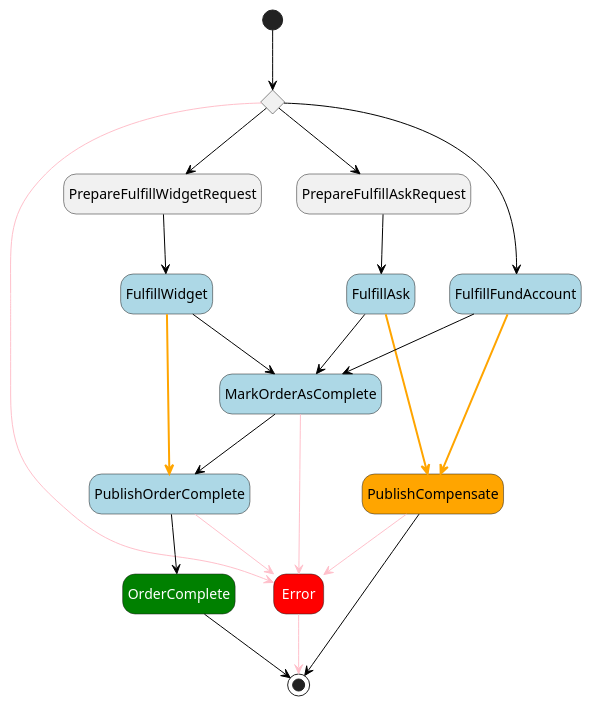
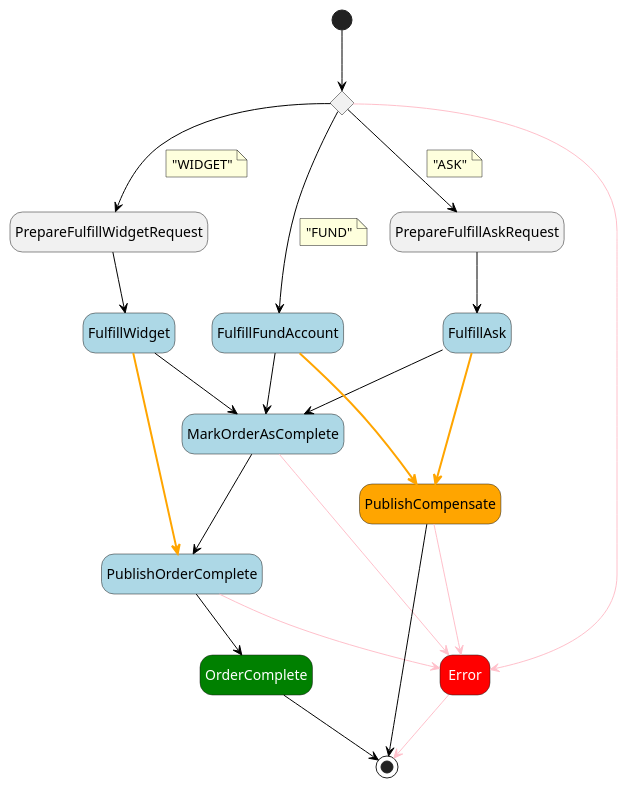
Before and after one commit to massfords/asl-puml: the diagram in src/__tests__/pumls/demo.asl.puml, drawn with PlantUML. The commit also changed 3 other files, not shown here.

```diff
--- a/src/__tests__/pumls/demo.asl.puml
+++ b/src/__tests__/pumls/demo.asl.puml
@@ -1,47 +1,56 @@
 @startuml
 hide empty description
 skinparam LineBackgroundColor #black
 skinparam ArrowColor #black
 skinparam state {
     BackgroundColor<<aslFail>> #red
     FontColor<<aslFail>> #white
 
     BackgroundColor<<aslTask>> #lightblue
     BackgroundColor<<Compensate>> #orange
 
     BackgroundColor<<aslSucceed>> #green
     FontColor<<aslSucceed>> #white
 }
 state "Dispatch by type of item" as state1<<Choice>>
 state "PrepareFulfillWidgetRequest" as state2<<aslPass>>
 state "PrepareFulfillAskRequest" as state3<<aslPass>>
 state "FulfillWidget" as state4<<aslTask>>
 state "FulfillAsk" as state5<<aslTask>>
 state "FulfillFundAccount" as state6<<aslTask>>
 state "MarkOrderAsComplete" as state7<<aslTask>>
 state "Error" as state8<<aslFail>>
 state "PublishOrderComplete" as state9<<aslTask>>
 state "OrderComplete" as state10<<aslSucceed>>
 state "PublishCompensate" as state11<<Compensate>>
 [*] --> state1
 state1 --> state2
+note on link
+"WIDGET"
+end note
 state1 --> state3
+note on link
+"ASK"
+end note
 state1 --> state6
+note on link
+"FUND"
+end note
 state1 -[#pink]-> state8
 state2 --> state4
 state3 --> state5
 state4 --> state7
 state4 -[bold,#orange]-> state9
 state5 --> state7
 state5 -[bold,#orange]-> state11
 state6 --> state7
 state6 -[bold,#orange]-> state11
 state7 --> state9
 state7 -[#pink]-> state8
 state8 -[#pink]-> [*]
 state9 --> state10
 state9 -[#pink]-> state8
 state10 --> [*]
 state11 --> [*]
 state11 -[#pink]-> state8
 @enduml
```
